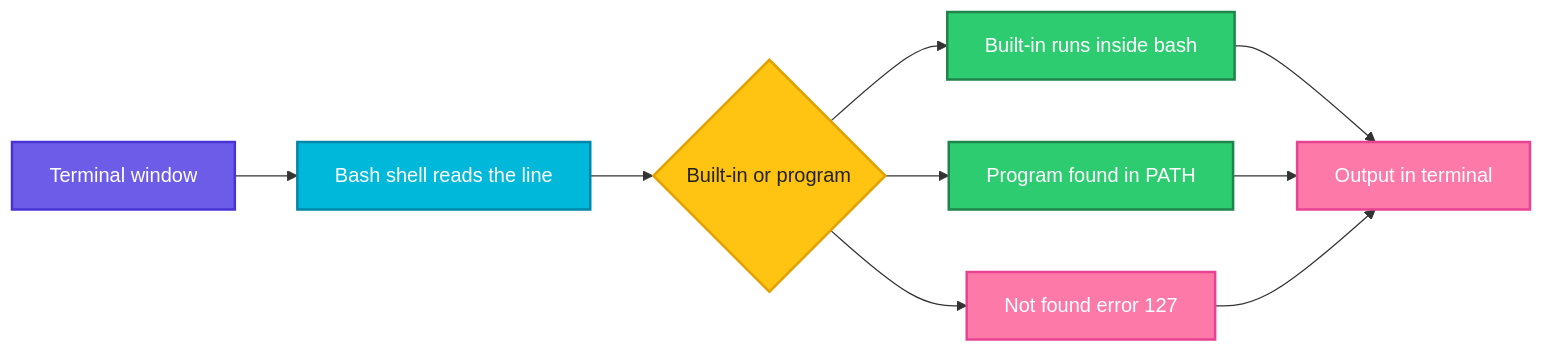
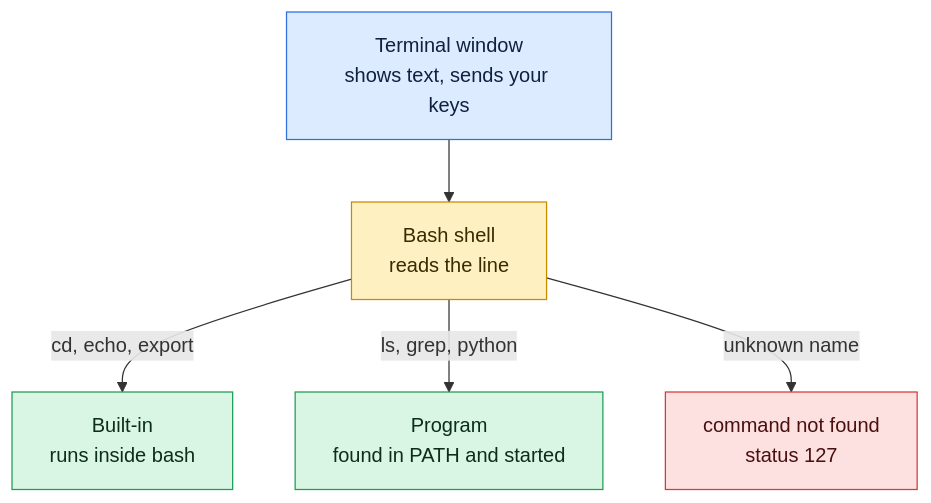
The diagram in linux/fundamentals/03-terminal-shell-bash.md (codeKerdosTech/DevOps-Documentation), drawn with Mermaid before and after one commit. The commit also changed other lines of this file and 165 other files, not shown here.

Commit message:
updated diagrams in linux

````diff
--- a/linux/fundamentals/03-terminal-shell-bash.md
+++ b/linux/fundamentals/03-terminal-shell-bash.md
@@ -26,21 +26,16 @@
 ```mermaid
-flowchart LR
-    A[Terminal window] --> B[Bash shell reads the line]
-    B --> C{Built-in or program}
-    C --> D[Built-in runs inside bash]
-    C --> E[Program found in PATH]
-    C --> F[Not found error 127]
-    D --> G[Output in terminal]
-    E --> G
-    F --> G
-    classDef start fill:#6C5CE7,stroke:#4834D4,stroke-width:2px,color:#fff
-    classDef proc fill:#00B8D9,stroke:#0087A8,stroke-width:2px,color:#fff
-    classDef dec fill:#FFC312,stroke:#E1A100,stroke-width:2px,color:#222
-    classDef ok fill:#2ECC71,stroke:#1E8449,stroke-width:2px,color:#fff
-    classDef out fill:#FD79A8,stroke:#E84393,stroke-width:2px,color:#fff
-    class A start
-    class B proc
-    class C dec
-    class D,E ok
-    class F,G out
+flowchart TD
+    i1[Terminal window<br/>shows text, sends your keys] --> c1[Bash shell<br/>reads the line]
+    c1 -->|cd, echo, export| o1[Built-in<br/>runs inside bash]
+    c1 -->|ls, grep, python| o2[Program<br/>found in PATH and started]
+    c1 -->|unknown name| x1[command not found<br/>status 127]
+    classDef inp fill:#DCEBFF,stroke:#2F6FDE,color:#10213F
+    classDef cmd fill:#FFF0C2,stroke:#C98A00,color:#3A2A00
+    classDef out fill:#D9F5E3,stroke:#1F9D55,color:#0B2E1A
+    classDef bad fill:#FDE0E0,stroke:#D13B3B,color:#4A0F0F
+    classDef note fill:#ECEFF3,stroke:#7B8794,color:#1F2933
+    class i1 inp
+    class c1 cmd
+    class o1,o2 out
+    class x1 bad
 ```
````
